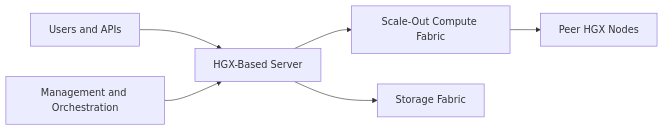
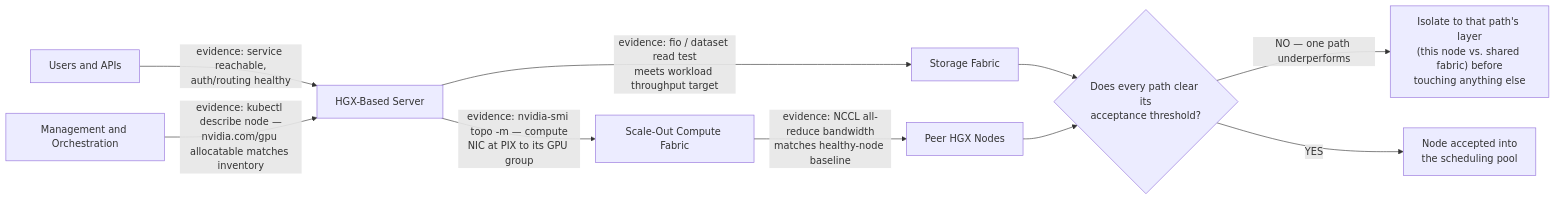
One commit to jithinpnjm/nvidia-devops changed the first of 2 diagrams in docs/nvidia-zero-to-hero/volume-06/chapter-06-hgx-networking-storage-and-cluster-integration.md. Above: the diagram before and after it, drawn with Mermaid. The commit also changed other lines of this file and 2 other files, not shown here.

````diff
--- a/docs/nvidia-zero-to-hero/volume-06/chapter-06-hgx-networking-storage-and-cluster-integration.md
+++ b/docs/nvidia-zero-to-hero/volume-06/chapter-06-hgx-networking-storage-and-cluster-integration.md
@@ -38,14 +38,14 @@
 ```mermaid
 flowchart LR
-    Users[Users and APIs]
-    Control[Management and Orchestration]
-    HGX[HGX-Based Server]
-    Compute[Scale-Out Compute Fabric]
-    Storage[Storage Fabric]
-    Peers[Peer HGX Nodes]
+    Users[Users and APIs] -->|"evidence: service reachable,<br/>auth/routing healthy"| HGX[HGX-Based Server]
+    Control[Management and Orchestration] -->|"evidence: kubectl describe node —<br/>nvidia.com/gpu allocatable matches inventory"| HGX
+    HGX -->|"evidence: fio / dataset read test<br/>meets workload throughput target"| Storage[Storage Fabric]
+    HGX -->|"evidence: nvidia-smi topo -m — compute<br/>NIC at PIX to its GPU group"| Compute[Scale-Out Compute Fabric]
+    Compute -->|"evidence: NCCL all-reduce bandwidth<br/>matches healthy-node baseline"| Peers[Peer HGX Nodes]
 
-    Users --> HGX
-    Control --> HGX
-    HGX --> Storage
-    HGX --> Compute --> Peers
+    Gate{"Does every path clear its<br/>acceptance threshold?"}
+    Storage --> Gate
+    Peers --> Gate
+    Gate -->|"NO — one path underperforms"| Isolate["Isolate to that path's layer<br/>(this node vs. shared fabric) before<br/>touching anything else"]
+    Gate -->|"YES"| ClusterReady["Node accepted into<br/>the scheduling pool"]
 ```
````
